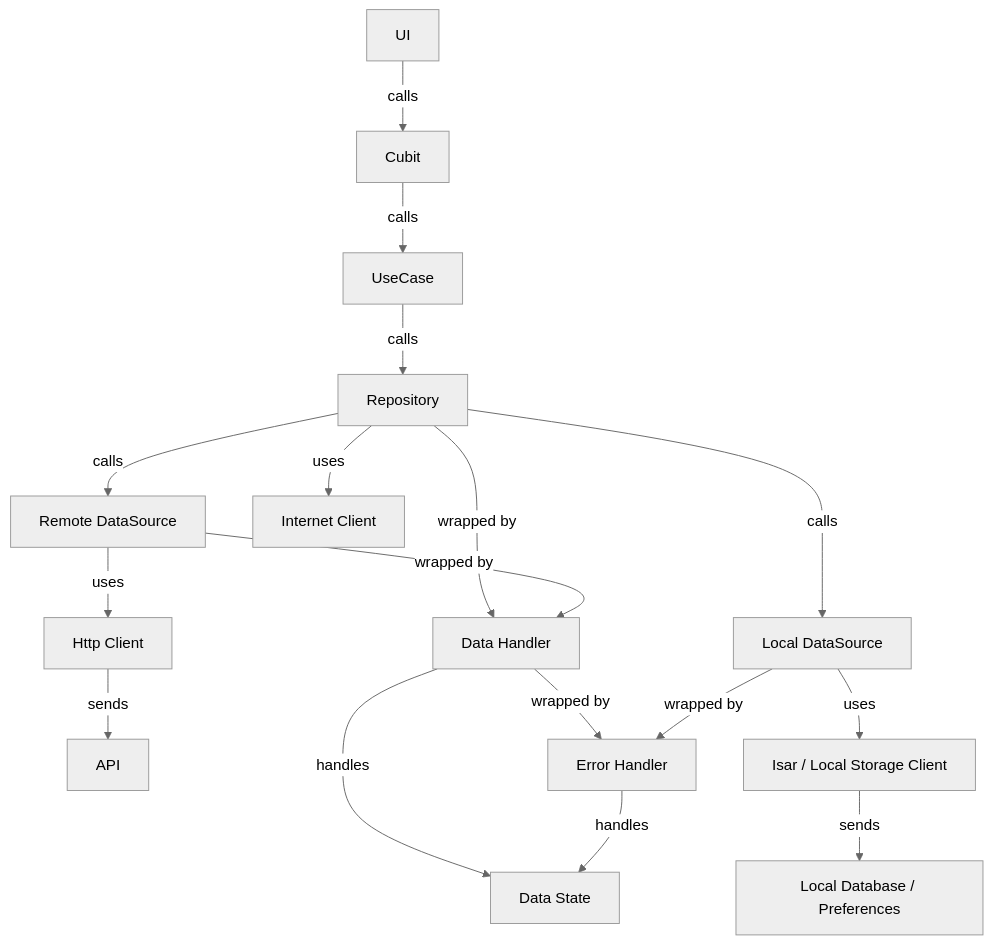
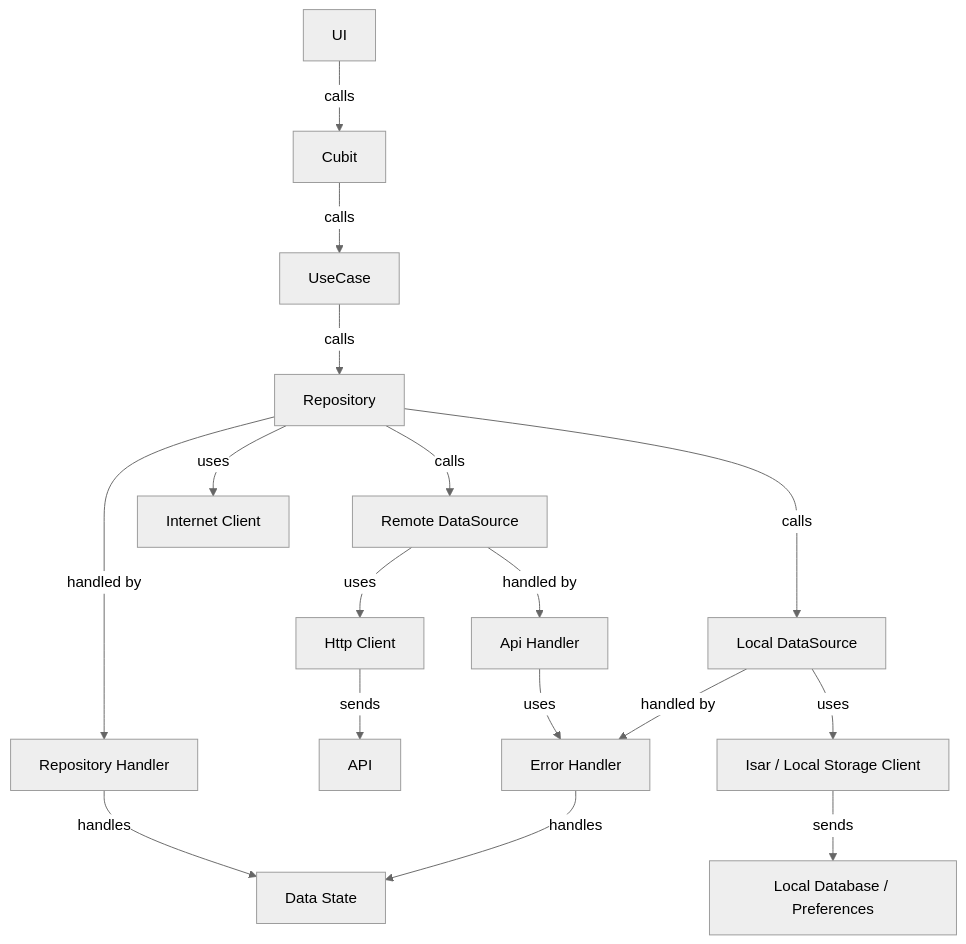
One commit to gaurishankar007/Flutter-Clean-Architecture changed the second of 3 diagrams in README.md. Above: the diagram before and after it, drawn with Mermaid (neutral theme). The commit also changed other lines of this file, not shown here.

Commit message:
docs: updated the data handling content.

````diff
--- a/README.md
+++ b/README.md
@@ -305,18 +306,18 @@
 ```mermaid
 flowchart TD
   Z["UI"] -- calls --> A["Cubit"]
   A -- calls --> B["UseCase"]
   B -- calls --> C["Repository"]
   C -- calls --> D["Remote DataSource"] & E["Local DataSource"]
   C -- uses --> F["Internet Client"]
-  C -- wrapped by --> G["Data Handler"]
-  G -- handles --> H["Data State"]
+  C -- handled by --> G1["Repository Handler"]
+  G1 -- handles --> H["Data State"]
   D -- uses --> I["Http Client"]
-  D -- wrapped by --> G
+  D -- handled by --> G2["Api Handler"]
   I -- sends --> J["API"]
-  G -- wrapped by --> M["Error Handler"]
+  G2 -- uses --> M["Error Handler"]
+  E -- handled by --> M
+  M -- handles --> H
   E -- uses --> K["Isar / Local Storage Client"]
-  E -- wrapped by --> M
-  M -- handles --> H
   K -- sends --> L["Local Database / Preferences"]
 ```
````
